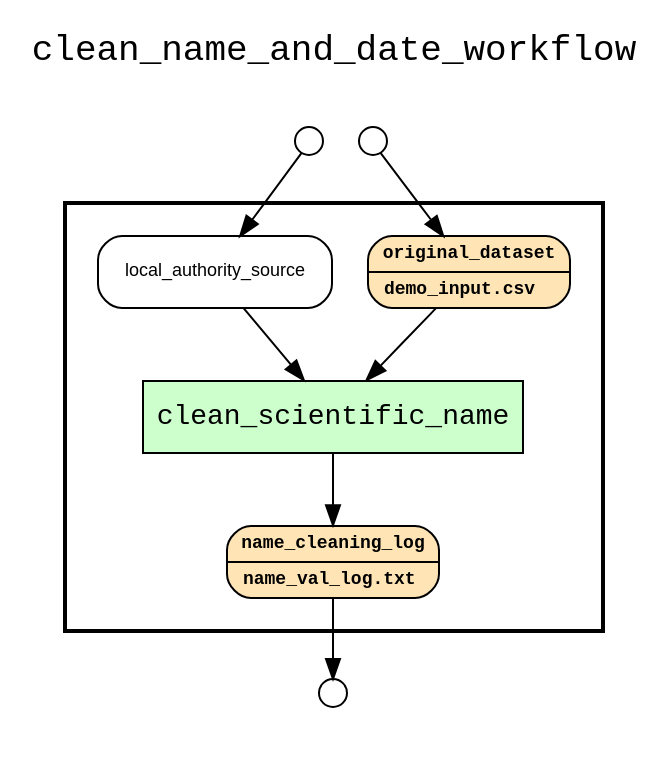
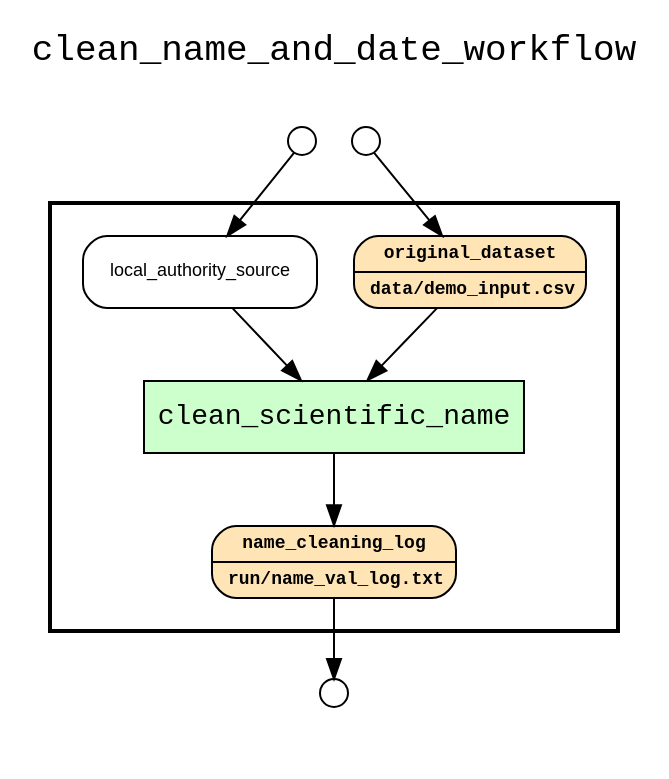
The diagram in examples/kurator-SPNHC16-YW-xsb/results/wf_recon_upstream_of_name_cleaning_log.gv (LanLi2017/yw-idcc-17), drawn with Graphviz before and after one commit. The commit also changed 58 other files, not shown here.

```diff
--- a/examples/kurator-SPNHC16-YW-xsb/results/wf_recon_upstream_of_name_cleaning_log.gv
+++ b/examples/kurator-SPNHC16-YW-xsb/results/wf_recon_upstream_of_name_cleaning_log.gv
@@ -1,37 +1,37 @@
 
 digraph yw_data_view {
 rankdir=TB
 fontname=Courier; fontsize=18; labelloc=t
 label="clean_name_and_date_workflow"
 subgraph cluster_workflow { label=""; color=black; penwidth=2
 subgraph cluster_workflow_inner { label=""; color=white
 node[shape=box style="filled" fillcolor="#CCFFCC" peripheries=1 fontname=Courier]
 clean_scientific_name
 node[shape=box style="filled" fillcolor="#CCFFCC" peripheries=1 fontname=Courier]
 clean_scientific_name
 node[shape=box style="rounded,filled" fillcolor="#FFFFCC" peripheries=1 fontname=Helvetica]
 node[shape=box style="rounded,filled" fillcolor="#FFE4B5" peripheries=1 fontname="Courier-Bold" fontsize=9]
-original_dataset[shape=record rankdir=LR label="{<f0> original_dataset |<f1>demo_input.csv\l}"]
+original_dataset[shape=record rankdir=LR label="{<f0> original_dataset |<f1>data/demo_input.csv\l}"]
 node[shape=box style="rounded,filled" fillcolor="#FFE4B5" peripheries=1 fontname="Courier-Bold" fontsize=9]
-name_cleaning_log[shape=record rankdir=LR label="{<f0> name_cleaning_log |<f1>name_val_log.txt\l}"]
+name_cleaning_log[shape=record rankdir=LR label="{<f0> name_cleaning_log |<f1>run/name_val_log.txt\l}"]
 node[shape=box style="rounded,filled" fillcolor="#FFFFFF" peripheries=1 fontname=Helvetica]
 local_authority_source
 }}
 subgraph cluster_inflows { label=""; color=white; penwidth=2
 subgraph cluster_inflows_inner { label=""; color=white
 node[shape=circle fillcolor="#FFFFFF" peripheries=1 width=0.2]
 original_dataset_inflow [label=""]
 local_authority_source_inflow [label=""]
 }}
 subgraph cluster_outflows { label=""; color=white; penwidth=2
 subgraph cluster_outflows_inner { label=""; color=white
 node[shape=circle fillcolor="#FFFFFF" peripheries=1 width=0.2]
 name_cleaning_log_outflow [label=""]
 }}
 original_dataset -> clean_scientific_name
 local_authority_source -> clean_scientific_name
 clean_scientific_name -> name_cleaning_log
 original_dataset_inflow -> original_dataset
 local_authority_source_inflow -> local_authority_source
 name_cleaning_log -> name_cleaning_log_outflow
 }
```
